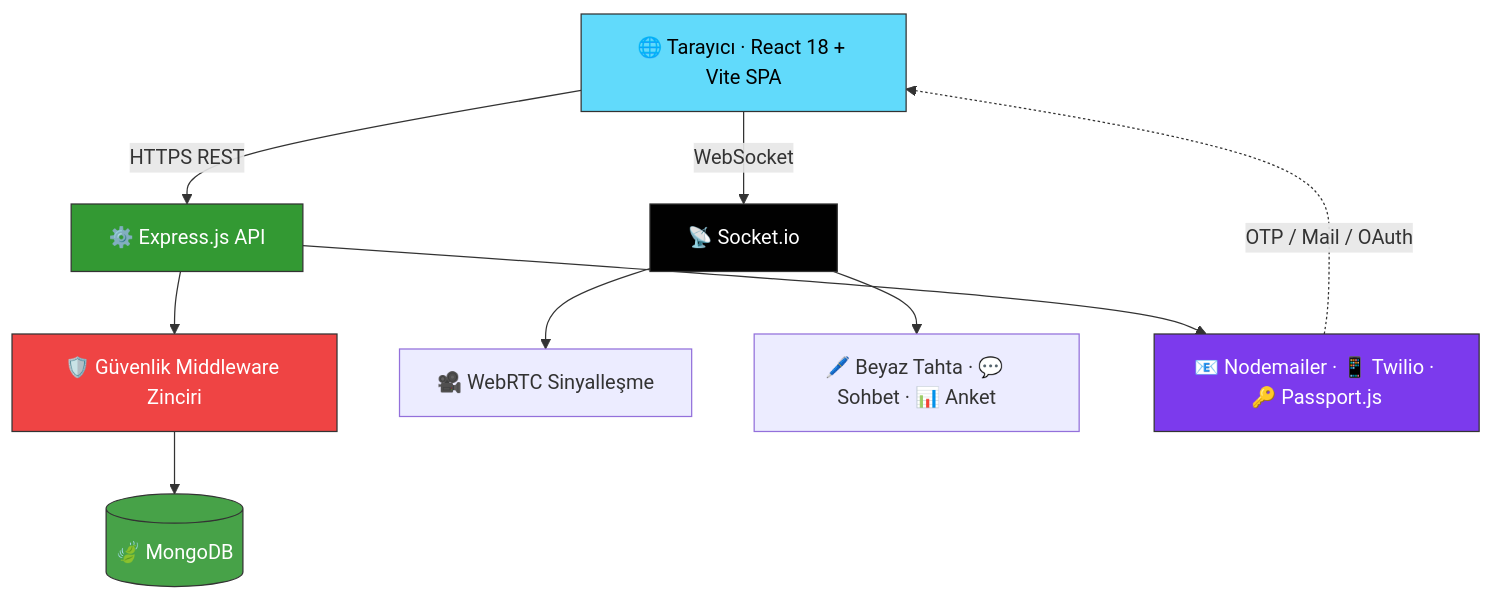
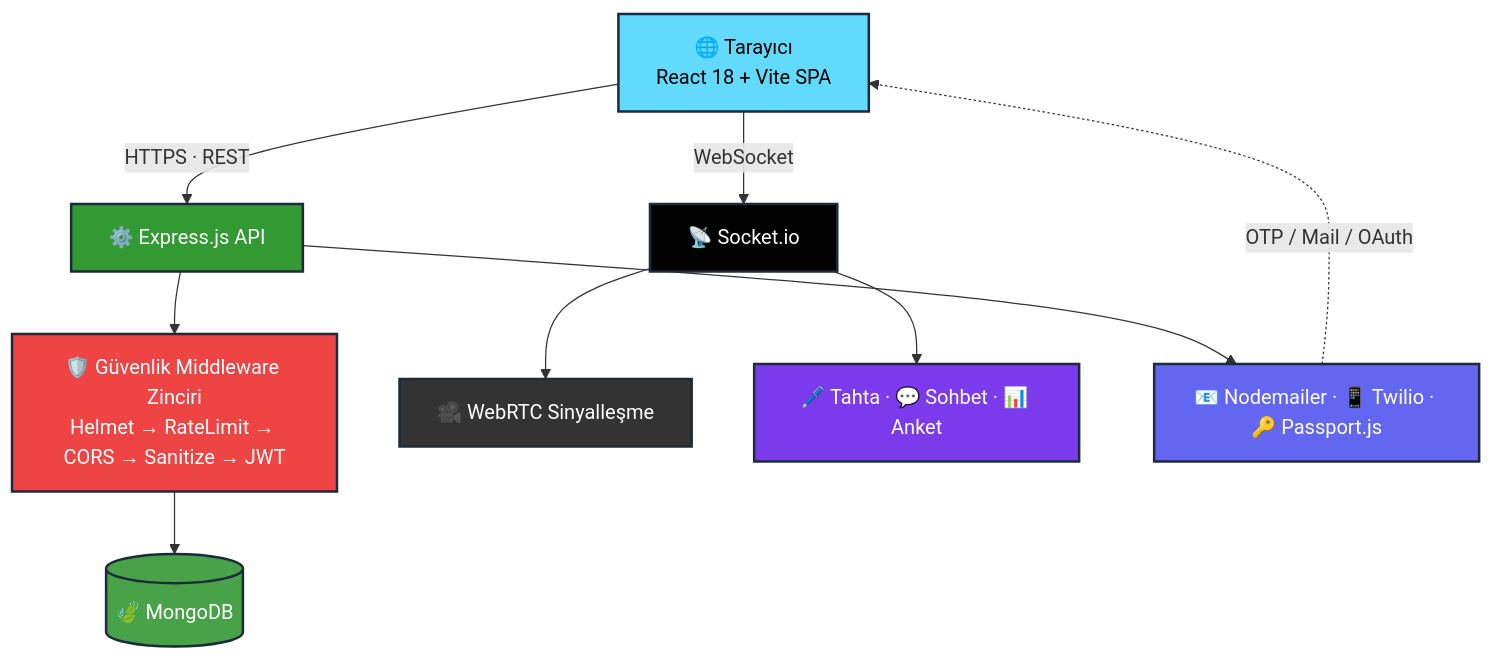
The diagram in README.md (enesaladagg/EduVerse), drawn with Mermaid before and after one commit. The commit also changed other lines of this file, not shown here.

````diff
--- a/README.md
+++ b/README.md
@@ -173,18 +219,20 @@
 ```mermaid
 graph TD
-    A[🌐 Tarayıcı · React 18 + Vite SPA] -->|HTTPS REST| B[⚙️ Express.js API]
-    A -->|WebSocket| C[📡 Socket.io]
-    B --> D[🛡️ Güvenlik Middleware Zinciri]
-    D --> E[(🍃 MongoDB)]
-    C --> F[🎥 WebRTC Sinyalleşme]
-    C --> G[🖊️ Beyaz Tahta · 💬 Sohbet · 📊 Anket]
-    B --> H[📧 Nodemailer · 📱 Twilio · 🔑 Passport.js]
+    A["🌐 Tarayıcı<br/>React 18 + Vite SPA"] -->|HTTPS · REST| B["⚙️ Express.js API"]
+    A -->|WebSocket| C["📡 Socket.io"]
+    B --> D["🛡️ Güvenlik Middleware Zinciri<br/>Helmet → RateLimit → CORS → Sanitize → JWT"]
+    D --> E[("🍃 MongoDB")]
+    C --> F["🎥 WebRTC Sinyalleşme"]
+    C --> G["🖊️ Tahta · 💬 Sohbet · 📊 Anket"]
+    B --> H["📧 Nodemailer · 📱 Twilio · 🔑 Passport.js"]
     H -.->|OTP / Mail / OAuth| A
 
-    style A fill:#61DAFB,stroke:#333,color:#000
-    style B fill:#339933,stroke:#333,color:#fff
-    style C fill:#010101,stroke:#333,color:#fff
-    style E fill:#47A248,stroke:#333,color:#fff
-    style D fill:#ef4444,stroke:#333,color:#fff
-    style H fill:#7c3aed,stroke:#333,color:#fff
+    style A fill:#61DAFB,stroke:#1e293b,stroke-width:2px,color:#000
+    style B fill:#339933,stroke:#1e293b,stroke-width:2px,color:#fff
+    style C fill:#010101,stroke:#1e293b,stroke-width:2px,color:#fff
+    style D fill:#ef4444,stroke:#1e293b,stroke-width:2px,color:#fff
+    style E fill:#47A248,stroke:#1e293b,stroke-width:2px,color:#fff
+    style F fill:#333333,stroke:#1e293b,stroke-width:2px,color:#fff
+    style G fill:#7c3aed,stroke:#1e293b,stroke-width:2px,color:#fff
+    style H fill:#6366f1,stroke:#1e293b,stroke-width:2px,color:#fff
 ```
````
